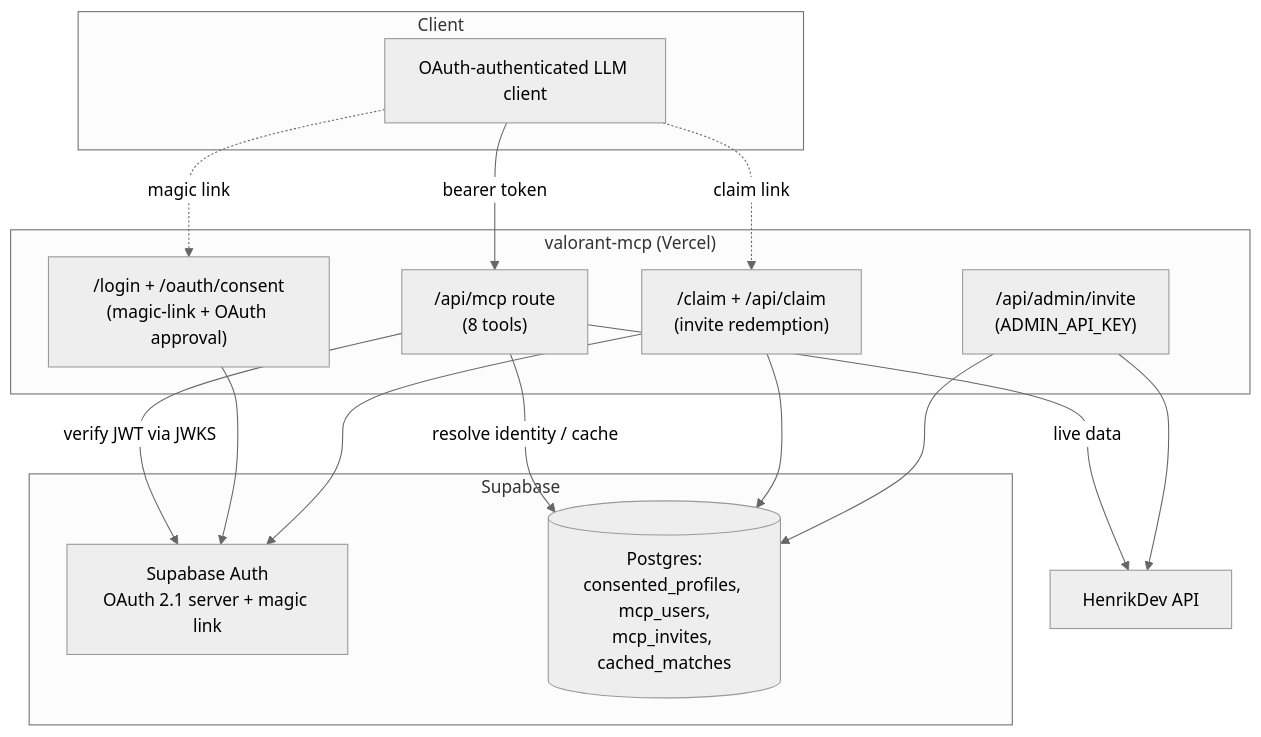
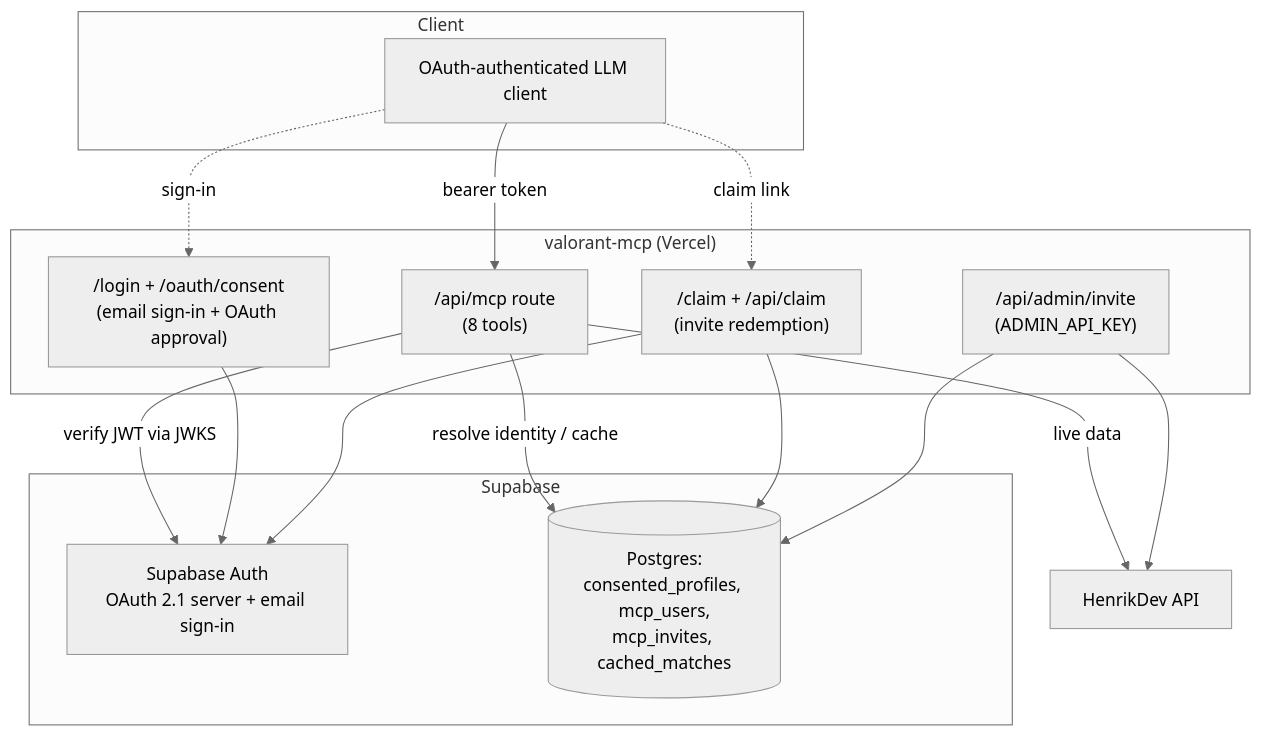
One commit to duckling1169/valorant-mcp changed the diagram in ARCHITECTURE.md. Above: the diagram before and after it, drawn with Mermaid (neutral theme). The commit also changed other lines of this file and 19 other files, not shown here.

Commit message:
feat: add email code login and streamline project

````diff
--- a/ARCHITECTURE.md
+++ b/ARCHITECTURE.md
@@ -20,32 +7,32 @@
 ```mermaid
 flowchart TB
   subgraph Client
     C[OAuth-authenticated LLM client]
   end
 
   subgraph Vercel["valorant-mcp (Vercel)"]
     MCP["/api/mcp route<br/>(8 tools)"]
     Claim["/claim + /api/claim<br/>(invite redemption)"]
     Admin["/api/admin/invite<br/>(ADMIN_API_KEY)"]
-    Login["/login + /oauth/consent<br/>(magic-link + OAuth approval)"]
+    Login["/login + /oauth/consent<br/>(email sign-in + OAuth approval)"]
   end
 
   subgraph Supabase
-    Auth[Supabase Auth<br/>OAuth 2.1 server + magic link]
+    Auth[Supabase Auth<br/>OAuth 2.1 server + email sign-in]
     DB[(Postgres:<br/>consented_profiles, mcp_users,<br/>mcp_invites, cached_matches)]
   end
 
   H[HenrikDev API]
 
   C -- bearer token --> MCP
   MCP -- verify JWT via JWKS --> Auth
   MCP -- resolve identity / cache --> DB
   MCP -- live data --> H
-  C -. magic link .-> Login
+  C -. sign-in .-> Login
   Login --> Auth
   C -. claim link .-> Claim
   Claim --> Auth
   Claim --> DB
   Admin --> H
   Admin --> DB
 ```
````
